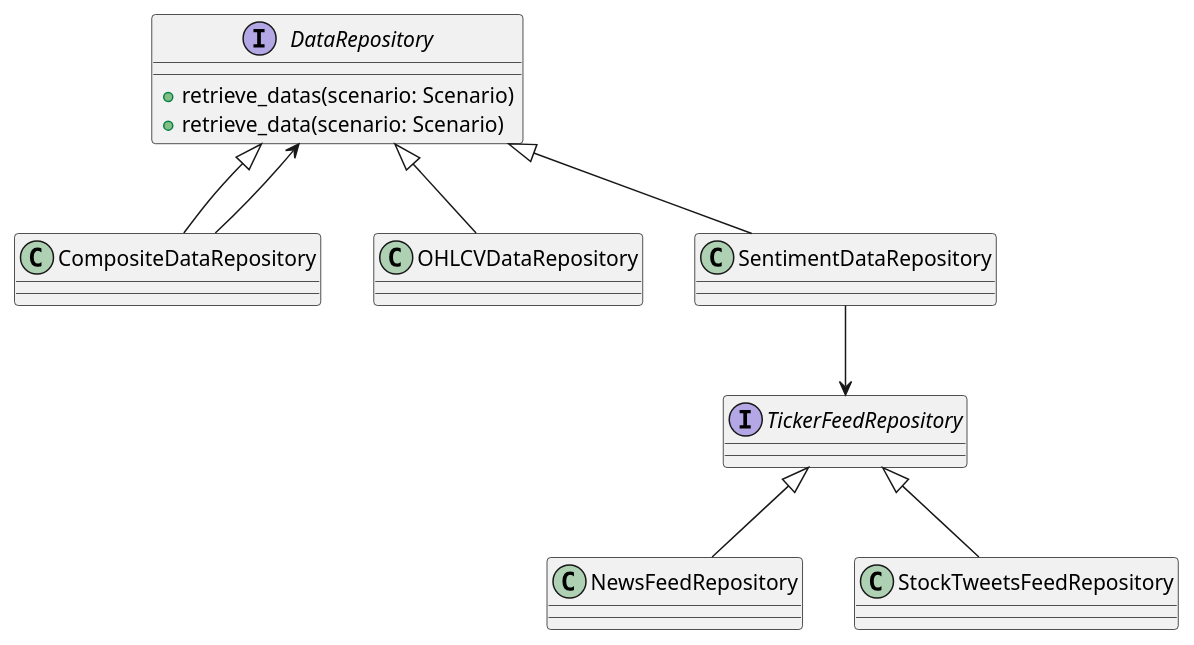
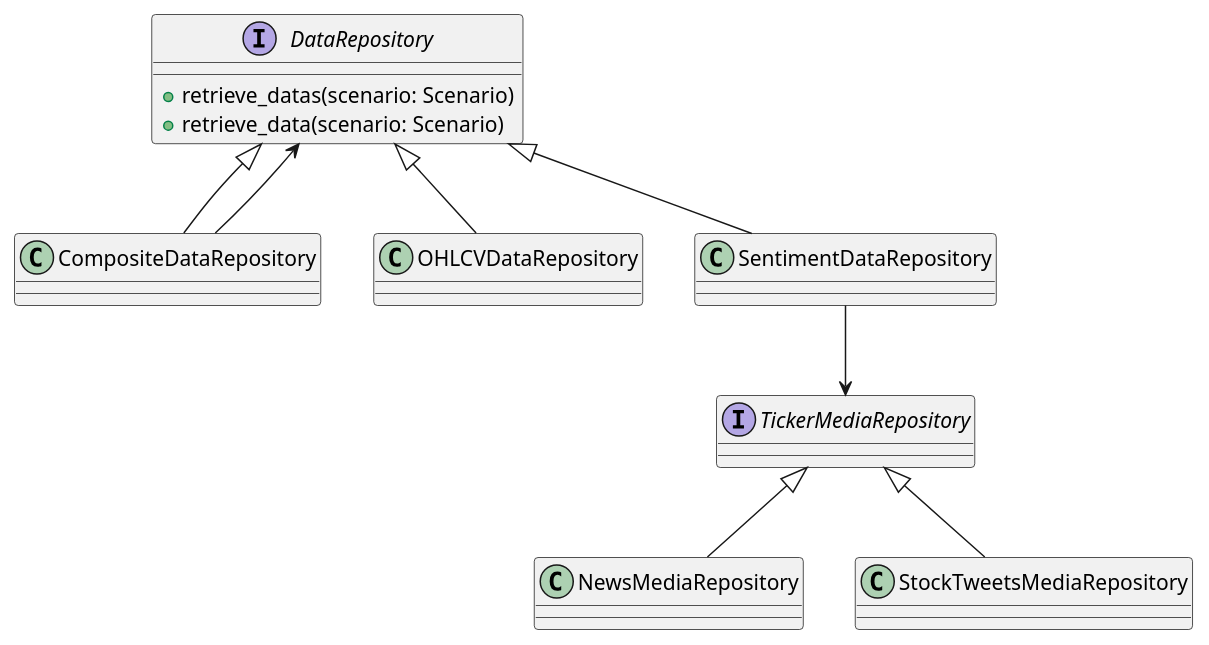
Before and after one commit to lomagno2003/deep-reinforcement-learning-trader: the diagram in docs/data-provider-class.puml, drawn with PlantUML. The commit also changed 22 other files, not shown here.

Commit message:
chore: Rename Feed to Media. chore: Refactor sentiment data repository into sentiment media repository. feat: Implement cached media repository.

```diff
--- a/docs/data-provider-class.puml
+++ b/docs/data-provider-class.puml
@@ -1,28 +1,28 @@
 @startuml
 'https://plantuml.com/class-diagram
 
 interface DataRepository {
 +retrieve_datas(scenario: Scenario)
 +retrieve_data(scenario: Scenario)
 }
 
 class CompositeDataRepository
 
 class OHLCVDataRepository
 
-interface TickerFeedRepository
-class NewsFeedRepository
-class StockTweetsFeedRepository
+interface TickerMediaRepository
+class NewsMediaRepository
+class StockTweetsMediaRepository
 class SentimentDataRepository
 
 CompositeDataRepository -up-|> DataRepository
 OHLCVDataRepository -up-|> DataRepository
 SentimentDataRepository -up-|> DataRepository
 
 CompositeDataRepository -up-> DataRepository
 
-TickerFeedRepository <|-- NewsFeedRepository
-TickerFeedRepository <|-- StockTweetsFeedRepository
-SentimentDataRepository --> TickerFeedRepository
+TickerMediaRepository <|-- NewsMediaRepository
+TickerMediaRepository <|-- StockTweetsMediaRepository
+SentimentDataRepository --> TickerMediaRepository
 
 @enduml
```
